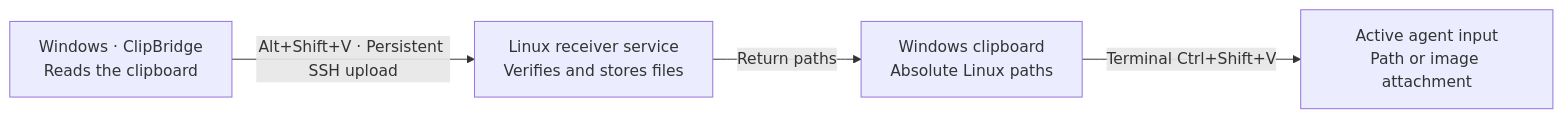
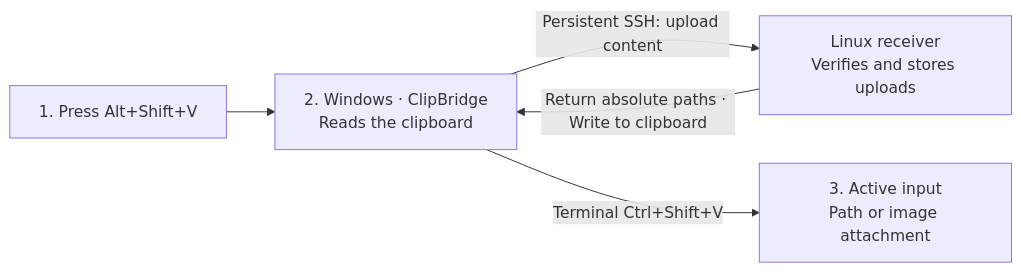
The second of 2 diagrams in README.md (NewbieToEverything/clip-win-linux), drawn with Mermaid before and after one commit. The commit also changed other lines of this file and 1 other file, not shown here.

Commit message:
Show the upload round trip after the hotkey

````diff
--- a/README.md
+++ b/README.md
@@ -27,10 +27,7 @@
 ```mermaid
 flowchart LR
-    A["Windows · ClipBridge<br/>Reads the clipboard"]
-    B["Linux receiver service<br/>Verifies and stores files"]
-    C["Windows clipboard<br/>Absolute Linux paths"]
-    D["Active agent input<br/>Path or image attachment"]
-    A -->|"Alt+Shift+V · Persistent SSH upload"| B
-    B -->|"Return paths"| C
-    C -->|"Terminal Ctrl+Shift+V"| D
+    H["1. Press Alt+Shift+V"] --> W["2. Windows · ClipBridge<br/>Reads the clipboard"]
+    W -->|"Persistent SSH: upload content"| L["Linux receiver<br/>Verifies and stores uploads"]
+    L -->|"Return absolute paths · Write to clipboard"| W
+    W -->|"Terminal Ctrl+Shift+V"| A["3. Active input<br/>Path or image attachment"]
 ```
````
